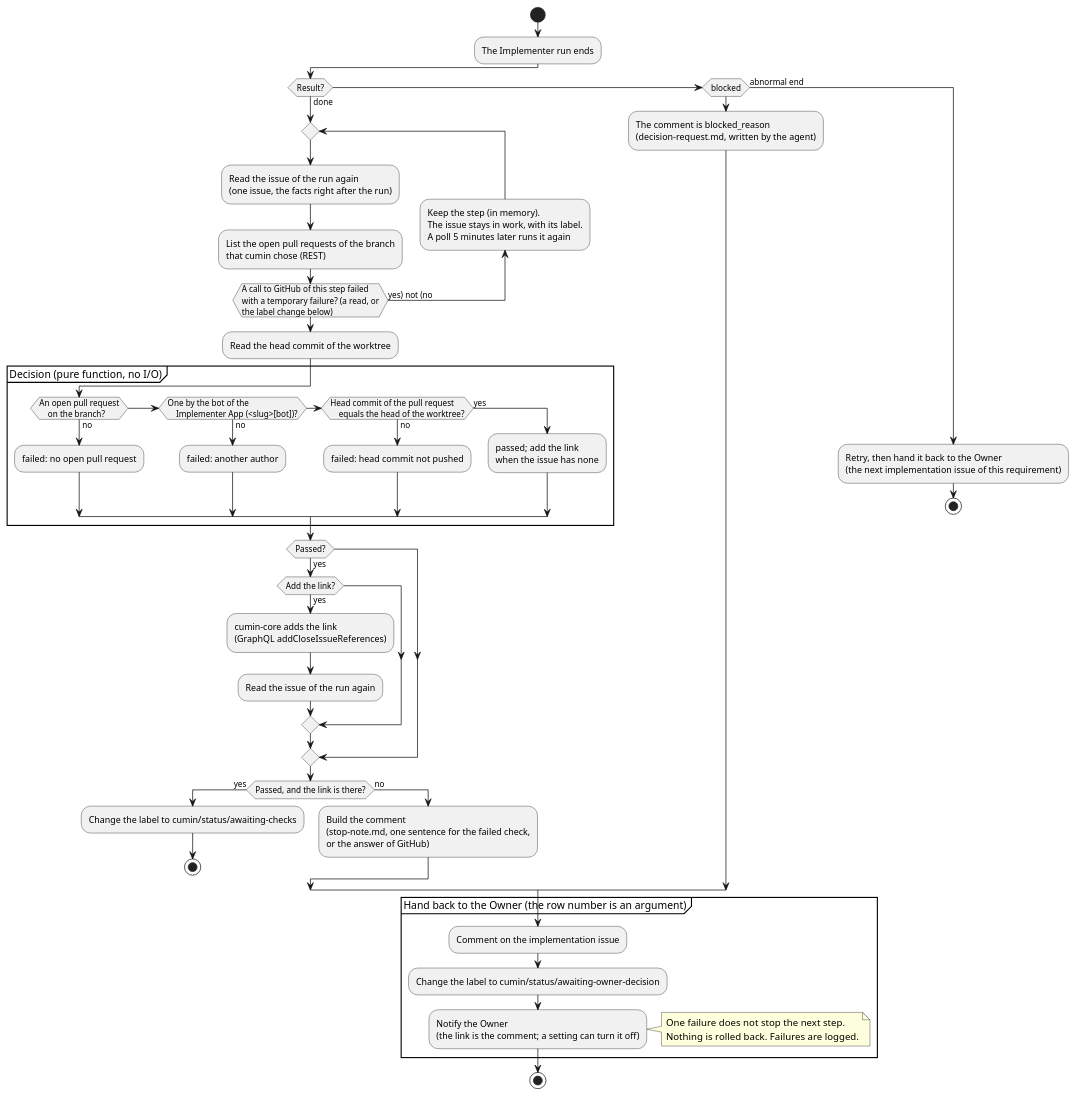
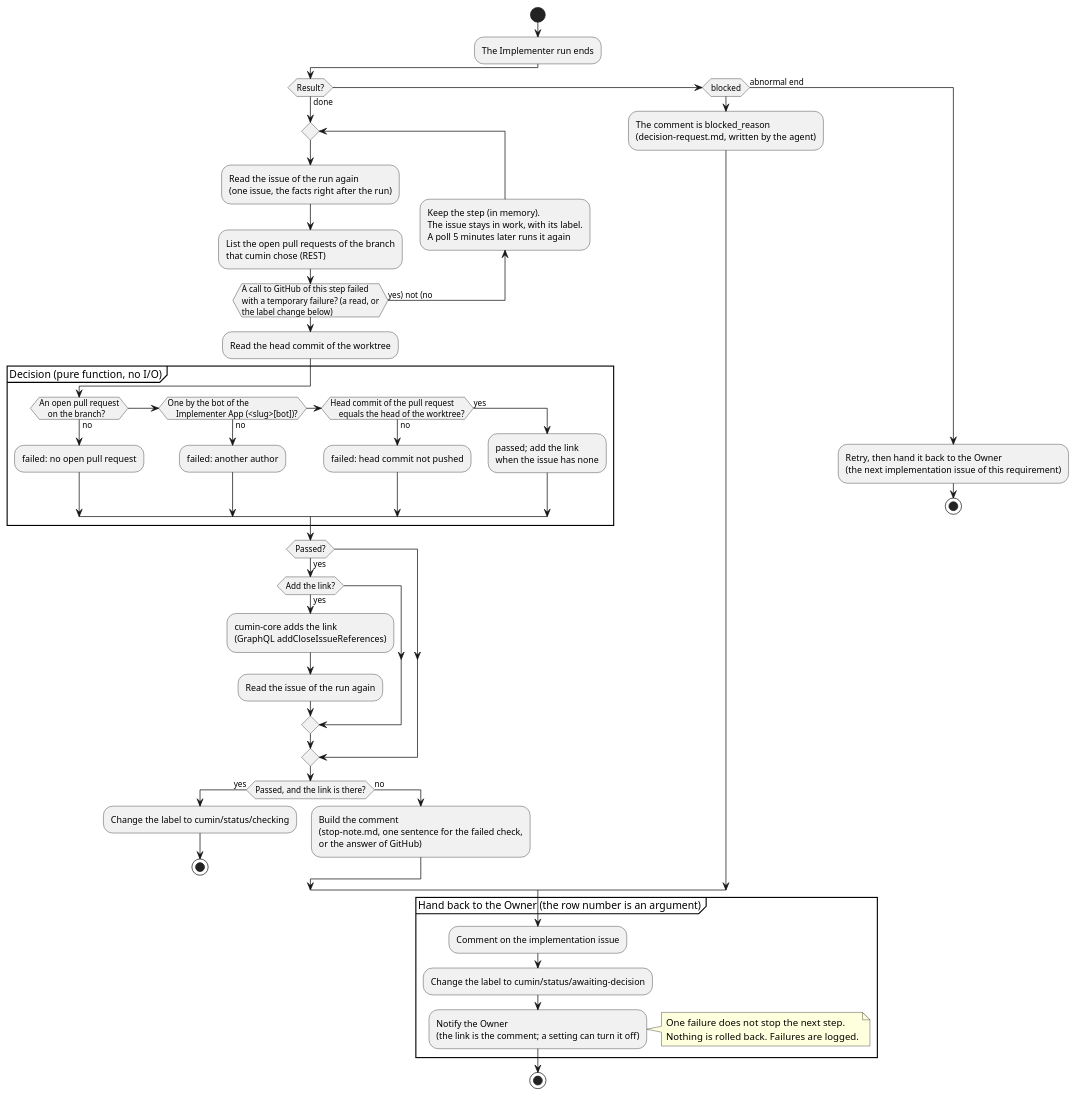
One commit to cloveclovedev/cumin-works changed the diagram in docs/ja/designs/poll-verify.puml. Above: the diagram before and after it, drawn with PlantUML. The commit also changed 56 other files, not shown here.

```diff
--- a/docs/ja/designs/poll-verify.puml
+++ b/docs/ja/designs/poll-verify.puml
@@ -1,73 +1,73 @@
 @startuml poll-verify
 ' cumin works - the end of a run (I2): the checks after an Implementer run, the kept step after a temporary failure, and the way back to the Owner.
 ' Document: poll.md, sections on the end of a run and the way back to the Owner.
 ' Render: run scripts/render-diagrams.sh at the root of the repository.
 skinparam shadowing false
 skinparam defaultFontName sans-serif
 
 start
 :The Implementer run ends;
 if (Result?) then (done)
   repeat
     :Read the issue of the run again
     (one issue, the facts right after the run);
     :List the open pull requests of the branch
     that cumin chose (REST);
     backward :Keep the step (in memory).
     The issue stays in work, with its label.
     A poll 5 minutes later runs it again;
   repeat while (A call to GitHub of this step failed
   with a temporary failure? (a read, or
   the label change below)) is (yes) not (no)
   :Read the head commit of the worktree;
   partition "Decision (pure function, no I/O)" {
     if (An open pull request
     on the branch?) then (no)
       :failed: no open pull request;
     elseif (One by the bot of the
     Implementer App (<slug>[bot])?) then (no)
       :failed: another author;
     elseif (Head commit of the pull request
     equals the head of the worktree?) then (no)
       :failed: head commit not pushed;
     else (yes)
       :passed; add the link
       when the issue has none;
     endif
   }
   if (Passed?) then (yes)
     if (Add the link?) then (yes)
       :cumin-core adds the link
       (GraphQL addCloseIssueReferences);
       :Read the issue of the run again;
     endif
   endif
   if (Passed, and the link is there?) then (yes)
-    :Change the label to cumin/status/awaiting-checks;
+    :Change the label to cumin/status/checking;
     stop
   else (no)
     :Build the comment
     (stop-note.md, one sentence for the failed check,
     or the answer of GitHub);
   endif
 elseif (blocked) then
   :The comment is blocked_reason
   (decision-request.md, written by the agent);
 else (abnormal end)
   :Retry, then hand it back to the Owner
   (the next implementation issue of this requirement);
   stop
 endif
 
 partition "Hand back to the Owner (the row number is an argument)" {
   :Comment on the implementation issue;
-  :Change the label to cumin/status/awaiting-owner-decision;
+  :Change the label to cumin/status/awaiting-decision;
   :Notify the Owner
   (the link is the comment; a setting can turn it off);
 }
 note right
   One failure does not stop the next step.
   Nothing is rolled back. Failures are logged.
 end note
 stop
 @enduml
```
